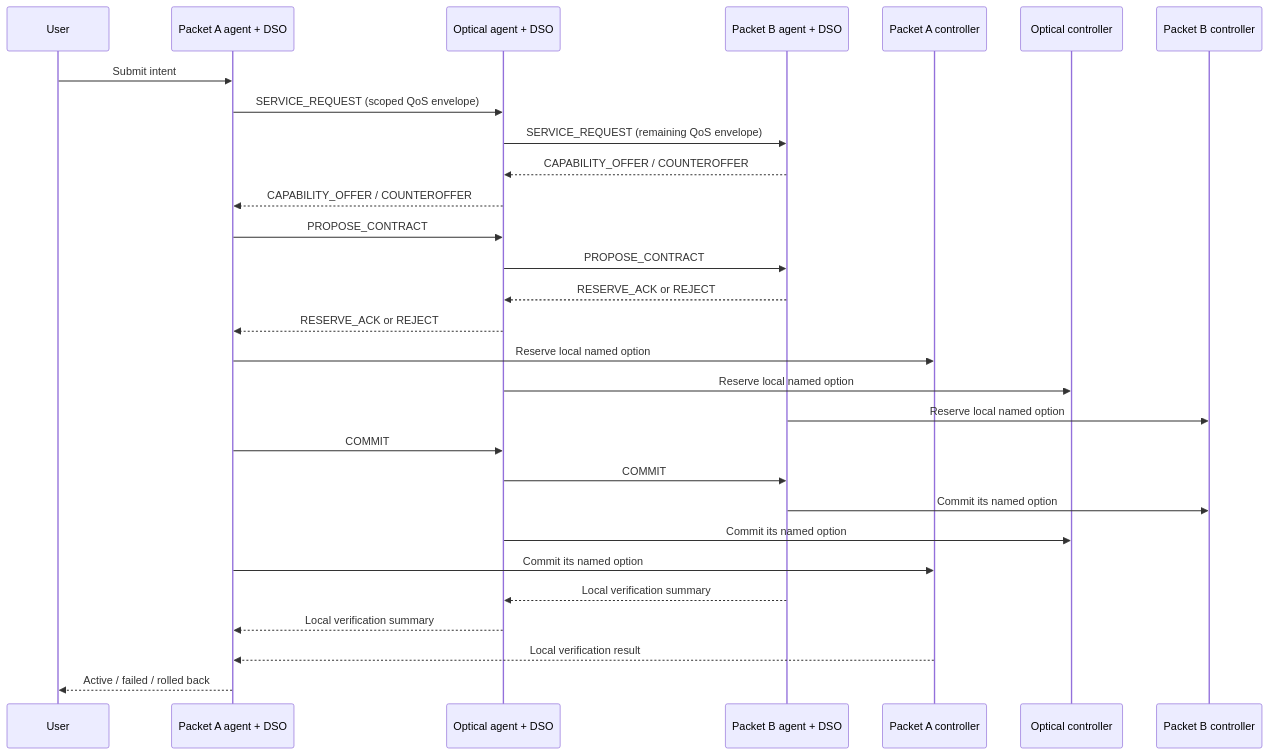
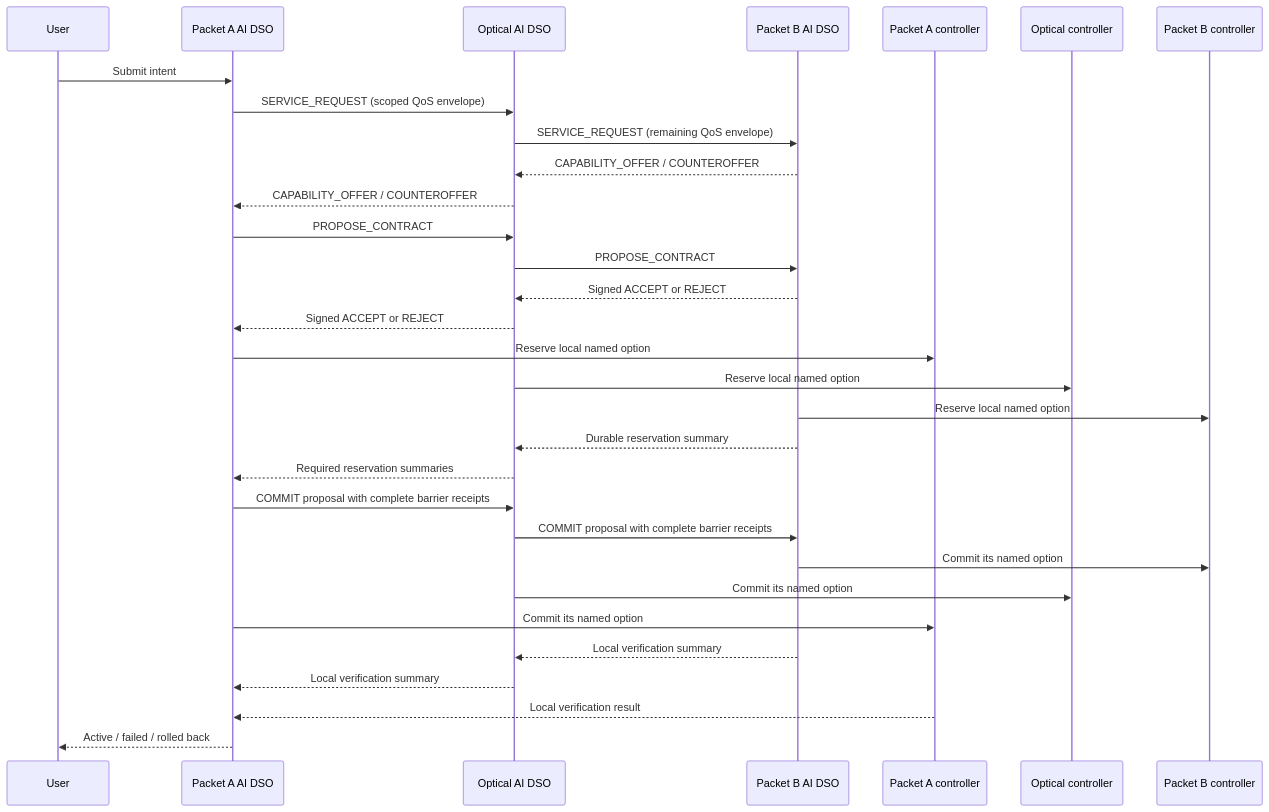
One commit to allenabishekGithub/inter-domain-automatedNetworking changed diagram 22 of 22 in docs/domain-agent-architecture.md. Above: the diagram before and after it, drawn with Mermaid. The commit also changed other lines of this file and 5 other files, not shown here.

````diff
--- a/docs/domain-agent-architecture.md
+++ b/docs/domain-agent-architecture.md
@@ -1253,32 +1414,34 @@
 ```mermaid
 sequenceDiagram
     participant User
-    participant PA as Packet A agent + DSO
-    participant O as Optical agent + DSO
-    participant PB as Packet B agent + DSO
+    participant PA as Packet A AI DSO
+    participant O as Optical AI DSO
+    participant PB as Packet B AI DSO
     participant CA as Packet A controller
     participant CO as Optical controller
     participant CB as Packet B controller
 
     User->>PA: Submit intent
     PA->>O: SERVICE_REQUEST (scoped QoS envelope)
     O->>PB: SERVICE_REQUEST (remaining QoS envelope)
     PB-->>O: CAPABILITY_OFFER / COUNTEROFFER
     O-->>PA: CAPABILITY_OFFER / COUNTEROFFER
     PA->>O: PROPOSE_CONTRACT
     O->>PB: PROPOSE_CONTRACT
-    PB-->>O: RESERVE_ACK or REJECT
-    O-->>PA: RESERVE_ACK or REJECT
+    PB-->>O: Signed ACCEPT or REJECT
+    O-->>PA: Signed ACCEPT or REJECT
     PA->>CA: Reserve local named option
     O->>CO: Reserve local named option
     PB->>CB: Reserve local named option
-    PA->>O: COMMIT
-    O->>PB: COMMIT
+    PB-->>O: Durable reservation summary
+    O-->>PA: Required reservation summaries
+    PA->>O: COMMIT proposal with complete barrier receipts
+    O->>PB: COMMIT proposal with complete barrier receipts
     PB->>CB: Commit its named option
     O->>CO: Commit its named option
     PA->>CA: Commit its named option
     PB-->>O: Local verification summary
     O-->>PA: Local verification summary
     CA-->>PA: Local verification result
     PA-->>User: Active / failed / rolled back
 ```
````
